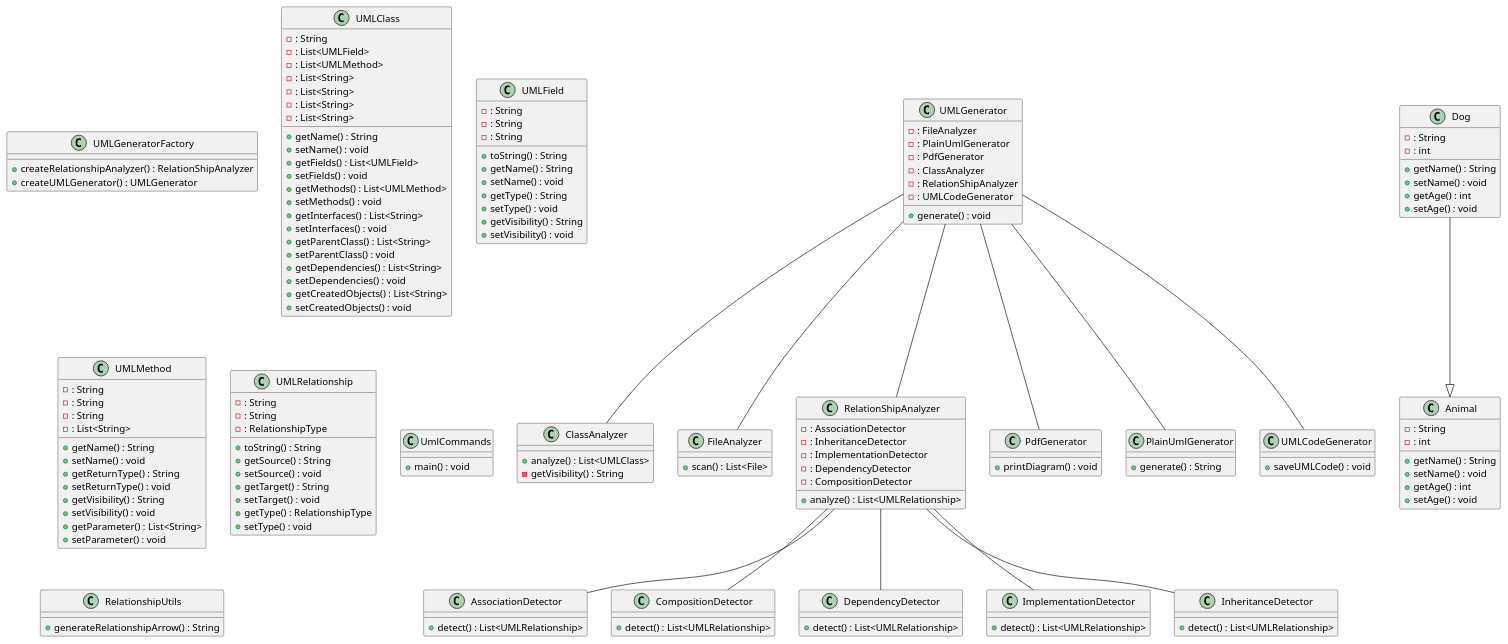
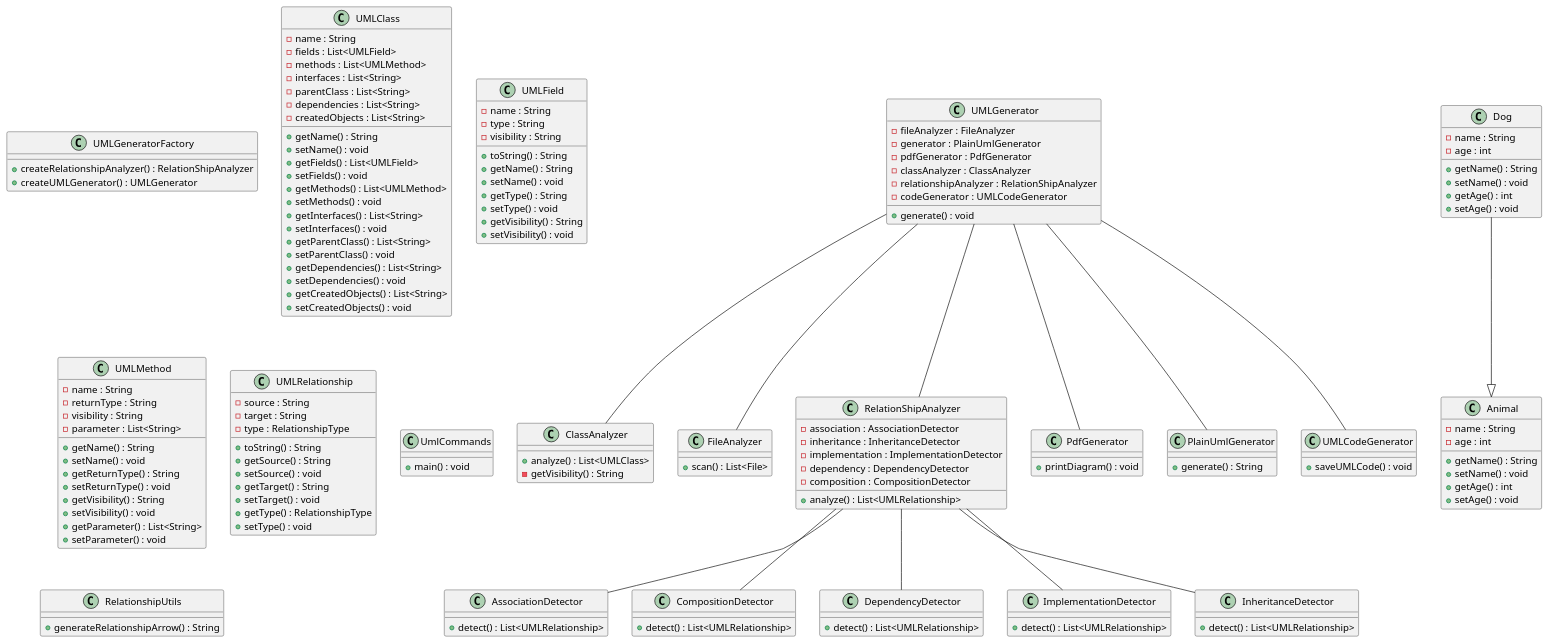
One commit to sithija-sulochana/ArchLense changed the diagram in diagram.puml. Above: the diagram before and after it, drawn with PlantUML. The commit also changed 3 other files, not shown here.

```diff
--- a/diagram.puml
+++ b/diagram.puml
@@ -1,149 +1,149 @@
 @startuml
 class ClassAnalyzer {
   + analyze() : List<UMLClass>
   - getVisibility() : String
 }
 class FileAnalyzer {
   + scan() : List<File>
 }
 class RelationShipAnalyzer {
-  - : AssociationDetector
-  - : InheritanceDetector
-  - : ImplementationDetector
-  - : DependencyDetector
-  - : CompositionDetector
+  - association : AssociationDetector
+  - inheritance : InheritanceDetector
+  - implementation : ImplementationDetector
+  - dependency : DependencyDetector
+  - composition : CompositionDetector
   + analyze() : List<UMLRelationship>
 }
 class AssociationDetector {
   + detect() : List<UMLRelationship>
 }
 class CompositionDetector {
   + detect() : List<UMLRelationship>
 }
 class DependencyDetector {
   + detect() : List<UMLRelationship>
 }
 class ImplementationDetector {
   + detect() : List<UMLRelationship>
 }
 class InheritanceDetector {
   + detect() : List<UMLRelationship>
 }
 class Dog {
-  - : String
-  - : int
+  - name : String
+  - age : int
   + getName() : String
   + setName() : void
   + getAge() : int
   + setAge() : void
 }
 class Animal {
-  - : String
-  - : int
+  - name : String
+  - age : int
   + getName() : String
   + setName() : void
   + getAge() : int
   + setAge() : void
 }
 class UMLGeneratorFactory {
   + createRelationshipAnalyzer() : RelationShipAnalyzer
   + createUMLGenerator() : UMLGenerator
 }
 class PdfGenerator {
   + printDiagram() : void
 }
 class PlainUmlGenerator {
   + generate() : String
 }
 class UMLCodeGenerator {
   + saveUMLCode() : void
 }
 class UMLClass {
-  - : String
-  - : List<UMLField>
-  - : List<UMLMethod>
-  - : List<String>
-  - : List<String>
-  - : List<String>
-  - : List<String>
+  - name : String
+  - fields : List<UMLField>
+  - methods : List<UMLMethod>
+  - interfaces : List<String>
+  - parentClass : List<String>
+  - dependencies : List<String>
+  - createdObjects : List<String>
   + getName() : String
   + setName() : void
   + getFields() : List<UMLField>
   + setFields() : void
   + getMethods() : List<UMLMethod>
   + setMethods() : void
   + getInterfaces() : List<String>
   + setInterfaces() : void
   + getParentClass() : List<String>
   + setParentClass() : void
   + getDependencies() : List<String>
   + setDependencies() : void
   + getCreatedObjects() : List<String>
   + setCreatedObjects() : void
 }
 class UMLField {
-  - : String
-  - : String
-  - : String
+  - name : String
+  - type : String
+  - visibility : String
   + toString() : String
   + getName() : String
   + setName() : void
   + getType() : String
   + setType() : void
   + getVisibility() : String
   + setVisibility() : void
 }
 class UMLMethod {
-  - : String
-  - : String
-  - : String
-  - : List<String>
+  - name : String
+  - returnType : String
+  - visibility : String
+  - parameter : List<String>
   + getName() : String
   + setName() : void
   + getReturnType() : String
   + setReturnType() : void
   + getVisibility() : String
   + setVisibility() : void
   + getParameter() : List<String>
   + setParameter() : void
 }
 class UMLRelationship {
-  - : String
-  - : String
-  - : RelationshipType
+  - source : String
+  - target : String
+  - type : RelationshipType
   + toString() : String
   + getSource() : String
   + setSource() : void
   + getTarget() : String
   + setTarget() : void
   + getType() : RelationshipType
   + setType() : void
 }
 class UMLGenerator {
-  - : FileAnalyzer
-  - : PlainUmlGenerator
-  - : PdfGenerator
-  - : ClassAnalyzer
-  - : RelationShipAnalyzer
-  - : UMLCodeGenerator
+  - fileAnalyzer : FileAnalyzer
+  - generator : PlainUmlGenerator
+  - pdfGenerator : PdfGenerator
+  - classAnalyzer : ClassAnalyzer
+  - relationshipAnalyzer : RelationShipAnalyzer
+  - codeGenerator : UMLCodeGenerator
   + generate() : void
 }
 class UmlCommands {
   + main() : void
 }
 class RelationshipUtils {
   + generateRelationshipArrow() : String
 }
+RelationShipAnalyzer -- CompositionDetector
 RelationShipAnalyzer -- AssociationDetector
+UMLGenerator -- PlainUmlGenerator
+RelationShipAnalyzer -- DependencyDetector
+UMLGenerator -- UMLCodeGenerator
 RelationShipAnalyzer -- InheritanceDetector
+RelationShipAnalyzer -- ImplementationDetector
 UMLGenerator -- FileAnalyzer
-RelationShipAnalyzer -- CompositionDetector
-UMLGenerator -- PlainUmlGenerator
-UMLGenerator -- UMLCodeGenerator
+UMLGenerator -- ClassAnalyzer
 UMLGenerator -- PdfGenerator
 UMLGenerator -- RelationShipAnalyzer
-RelationShipAnalyzer -- DependencyDetector
-RelationShipAnalyzer -- ImplementationDetector
-UMLGenerator -- ClassAnalyzer
 Dog --|> Animal
 @enduml
```
